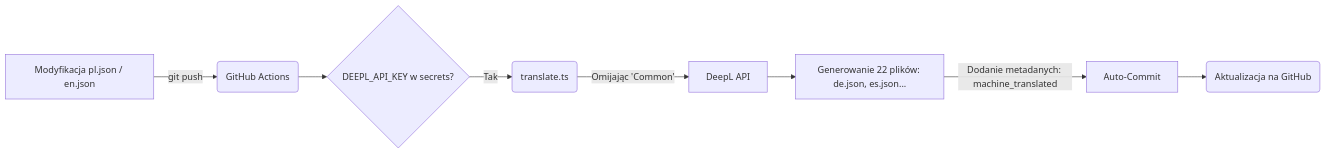
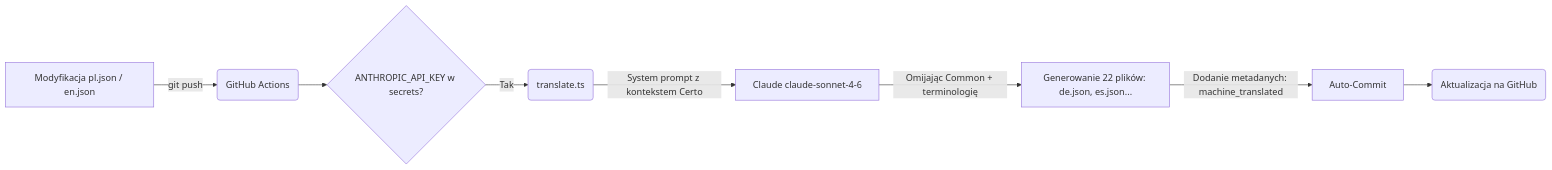
The diagram in docs/i18n-architecture.md (PoiDNA/Certo), drawn with Mermaid before and after one commit. The commit also changed other lines of this file and 4 other files, not shown here.

First line of the commit message:
feat(i18n): Replace DeepL with Anthropic Claude API for context-aware translation

````diff
--- a/docs/i18n-architecture.md
+++ b/docs/i18n-architecture.md
@@ -36,10 +41,10 @@
 ```mermaid
 graph LR
     A[Modyfikacja pl.json / en.json] -->|git push| B(GitHub Actions)
-    B --> C{DEEPL_API_KEY w secrets?}
+    B --> C{ANTHROPIC_API_KEY w secrets?}
     C -->|Tak| D(translate.ts)
-    D -->|Omijając 'Common'| E[DeepL API]
-    E --> F[Generowanie 22 plików: de.json, es.json...]
+    D -->|System prompt z kontekstem Certo| E[Claude claude-sonnet-4-6]
+    E -->|Omijając Common + terminologię| F[Generowanie 22 plików: de.json, es.json...]
     F -->|Dodanie metadanych: machine_translated| G[Auto-Commit]
     G --> H(Aktualizacja na GitHub)
 ```
````
